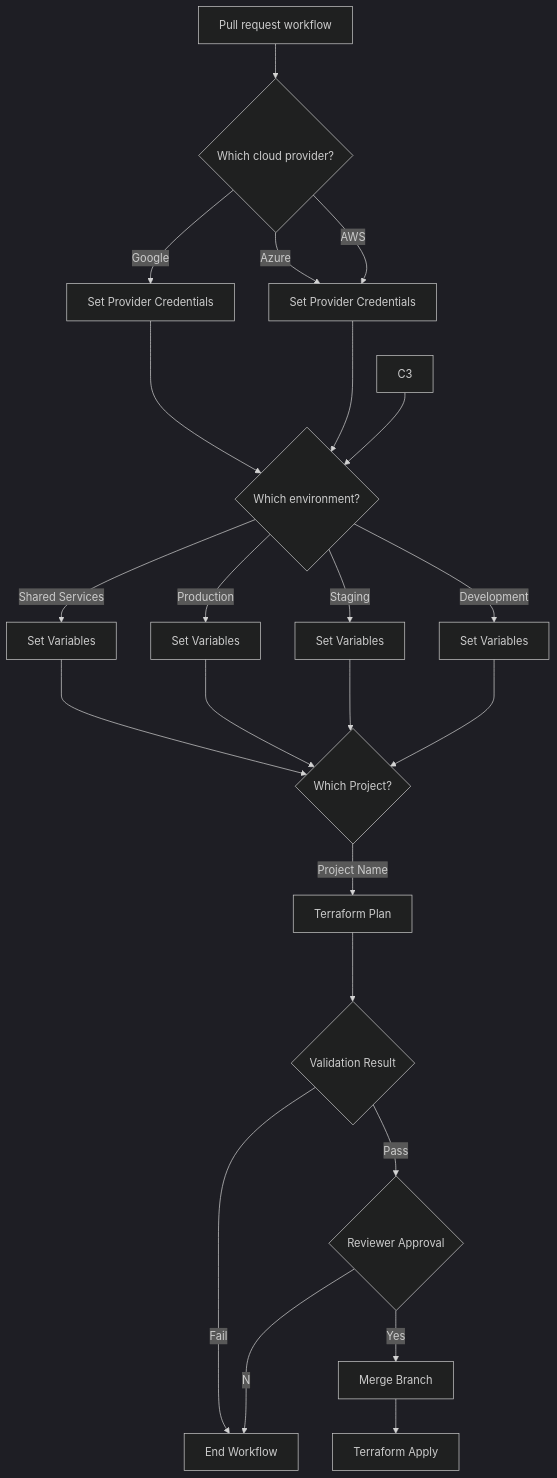
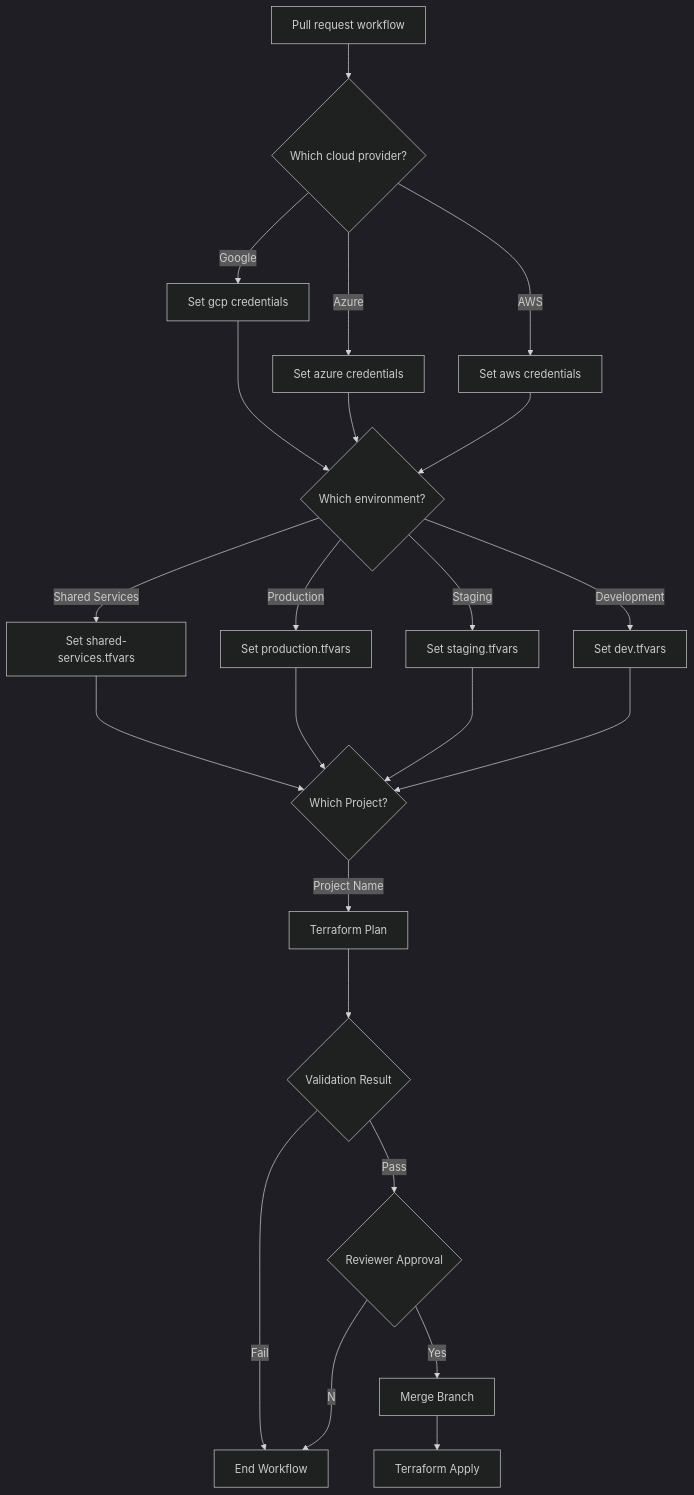
The diagram in README.md (jaylabs/github-actions-with-terraform), drawn with Mermaid (dark theme) before and after one commit.

````diff
--- a/README.md
+++ b/README.md
@@ -20,36 +20,36 @@
 ```mermaid
   graph TD;;
       A[Pull request workflow]-->B{Which cloud provider?};
 
      
-      B--Google-->C1["Set Provider Credentials"];
-      B--Azure-->C2["Set Provider Credentials"];
-      B--AWS-->C2["Set Provider Credentials"];
+      B--Google-->C1["Set gcp credentials"];
+      B--Azure-->C2["Set azure credentials"];
+      B--AWS-->C3["Set aws credentials"];
             
       C1--->W{Which environment?};
       C2-->W{Which environment?};
       C3-->W{Which environment?};
             
-      W--Shared Services-->E1["Set Variables"];
-      W--Production-->E2["Set Variables"];
-      W--Staging-->E3["Set Variables"];
-      W--Development-->E4["Set Variables"];
+      W--Shared Services-->E1["Set shared-services.tfvars"];
+      W--Production-->E2["Set production.tfvars"];
+      W--Staging-->E3["Set staging.tfvars"];
+      W--Development-->E4["Set dev.tfvars"];
       
       E1--->P{Which Project?};
       E2--->P{Which Project?};
       E3--->P{Which Project?};      
       E4--->P{Which Project?};
 
       
       P--Project Name-->T["Terraform Plan"];
       
       T--->V{"Validation Result"};
             
       V--Fail-->K["End Workflow"];
       V--Pass-->F{"Reviewer Approval"};
       F--Yes-->I["Merge Branch"];
       I-->H["Terraform Apply"];
       F--No-->K["End Workflow"];
   
 
 ```
````
